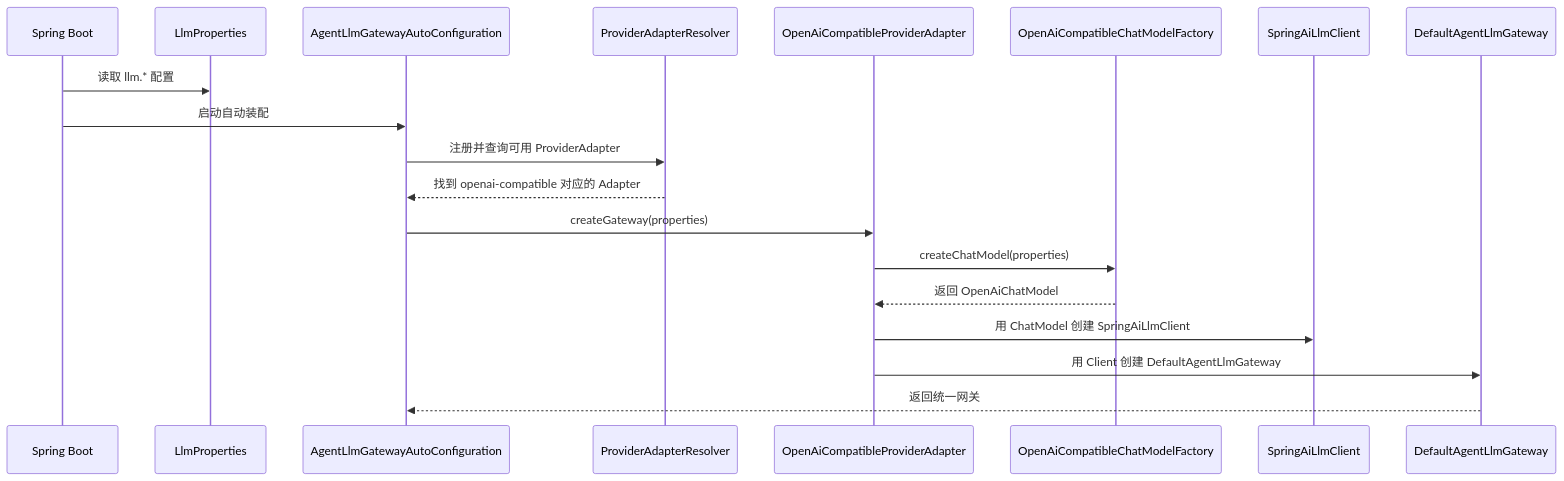
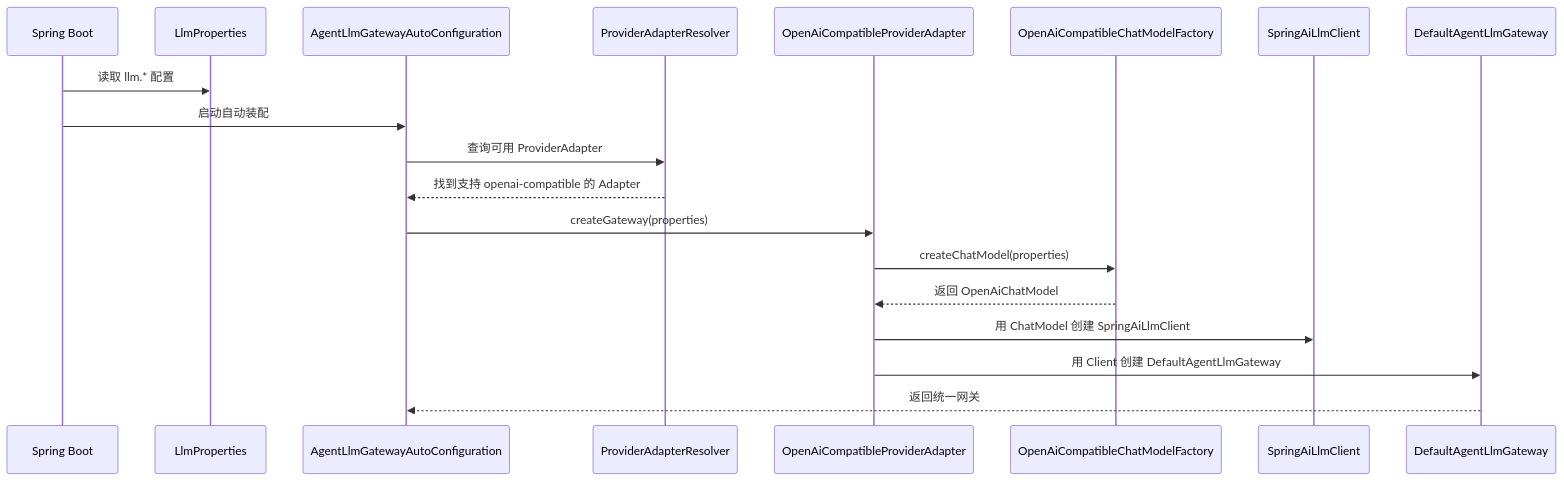
The second of 3 diagrams in docs/项目整体架构导读.md (small-xiexu/agent-learning), drawn with Mermaid before and after one commit. The commit also changed other lines of this file and 6 other files, not shown here.

````diff
--- a/docs/项目整体架构导读.md
+++ b/docs/项目整体架构导读.md
@@ -409,22 +254,22 @@
 ```mermaid
 sequenceDiagram
     participant Boot as Spring Boot
     participant Props as LlmProperties
     participant Auto as AgentLlmGatewayAutoConfiguration
     participant Resolver as ProviderAdapterResolver
     participant Adapter as OpenAiCompatibleProviderAdapter
     participant Factory as OpenAiCompatibleChatModelFactory
     participant Client as SpringAiLlmClient
     participant Gateway as DefaultAgentLlmGateway
 
     Boot->>Props: 读取 llm.* 配置
     Boot->>Auto: 启动自动装配
-    Auto->>Resolver: 注册并查询可用 ProviderAdapter
-    Resolver-->>Auto: 找到 openai-compatible 对应的 Adapter
+    Auto->>Resolver: 查询可用 ProviderAdapter
+    Resolver-->>Auto: 找到支持 openai-compatible 的 Adapter
     Auto->>Adapter: createGateway(properties)
     Adapter->>Factory: createChatModel(properties)
     Factory-->>Adapter: 返回 OpenAiChatModel
     Adapter->>Client: 用 ChatModel 创建 SpringAiLlmClient
     Adapter->>Gateway: 用 Client 创建 DefaultAgentLlmGateway
     Gateway-->>Auto: 返回统一网关
 ```
````
